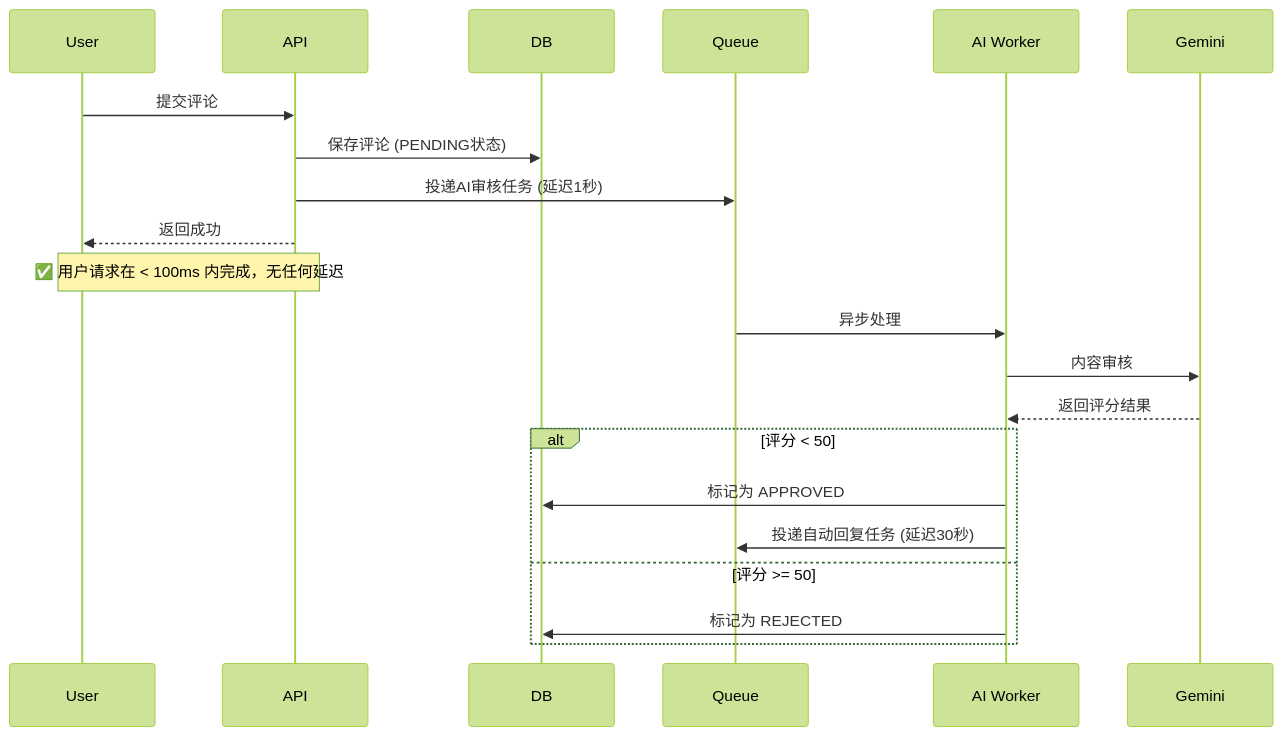
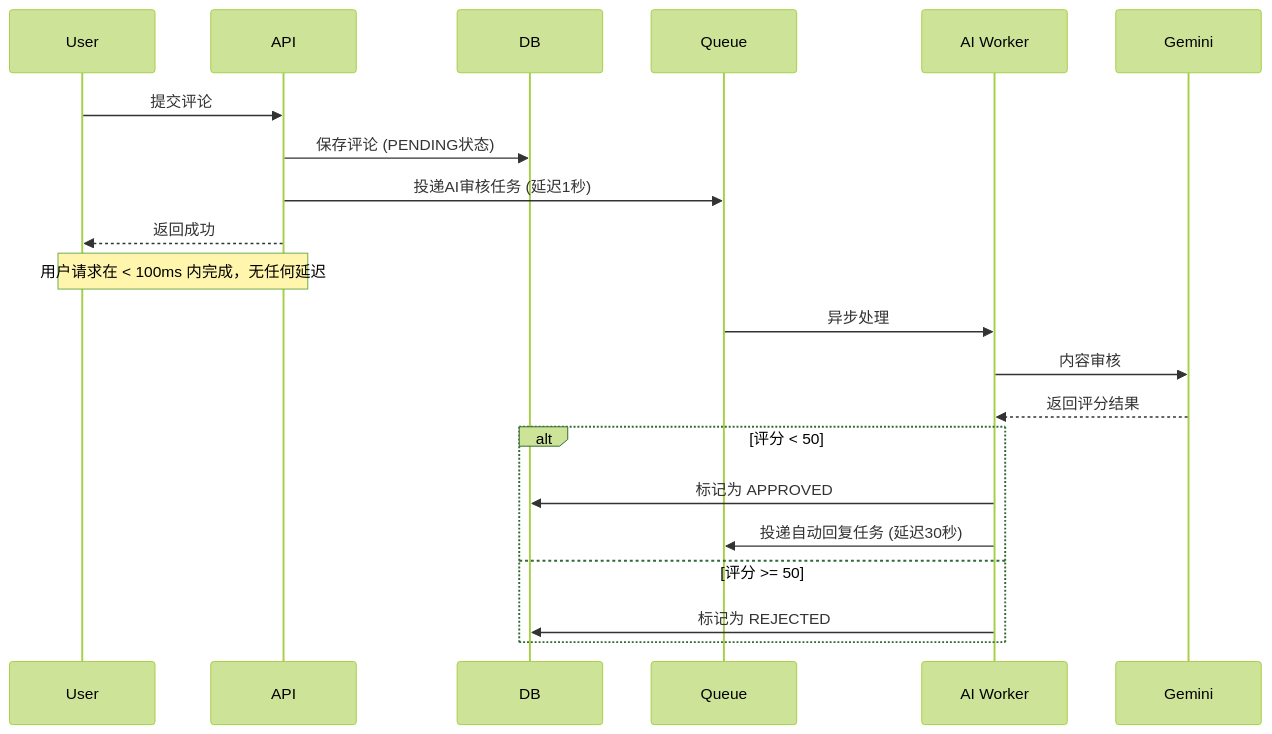
The diagram in docs/blog/security/AI_COMMENT_MODERATION_IMPLEMENTATION.md (MrBigPorter/JoyMini_Nest_Monorepo), drawn with Mermaid (forest theme) before and after one commit. The commit also changed other lines of this file and 297 other files, not shown here.

First line of the commit message:
refactor(frontend-blog): simplify platform architecture and unify query hooks

````diff
--- a/docs/blog/security/AI_COMMENT_MODERATION_IMPLEMENTATION.md
+++ b/docs/blog/security/AI_COMMENT_MODERATION_IMPLEMENTATION.md
@@ -72,26 +72,26 @@
 ```mermaid
 sequenceDiagram
     participant User
     participant API
     participant DB
     participant Queue
     participant AI Worker
 
     User->>API: 提交评论
     API->>DB: 保存评论 (PENDING状态)
     API->>Queue: 投递AI审核任务 (延迟1秒)
     API-->>User: 返回成功
 
-    Note over User,API: ✅ 用户请求在 < 100ms 内完成，无任何延迟
+    Note over User,API:  用户请求在 < 100ms 内完成，无任何延迟
 
     Queue->>AI Worker: 异步处理
     AI Worker->>Gemini: 内容审核
     Gemini-->>AI Worker: 返回评分结果
 
     alt 评分 < 50
         AI Worker->>DB: 标记为 APPROVED
         AI Worker->>Queue: 投递自动回复任务 (延迟30秒)
     else 评分 >= 50
         AI Worker->>DB: 标记为 REJECTED
     end
 ```
````
